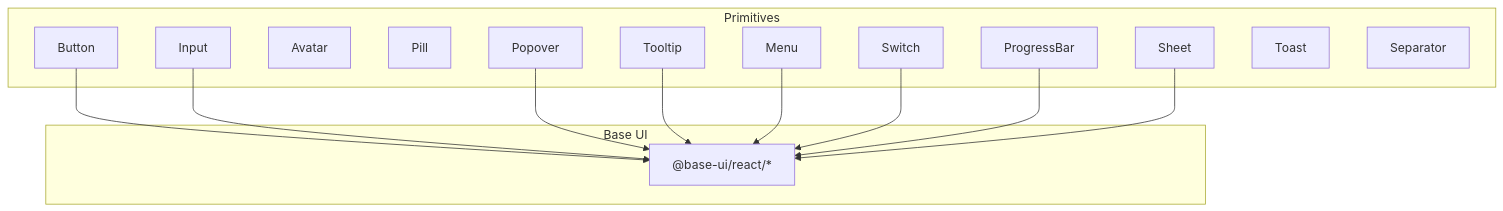
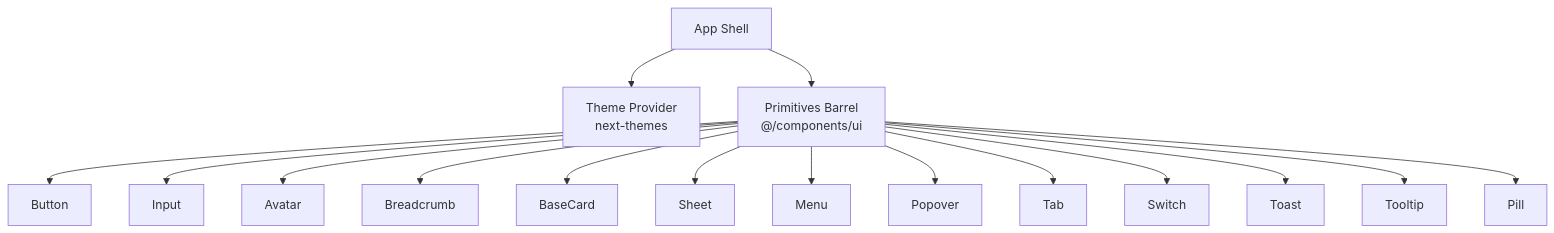
Before and after one commit to Meaetin/alibaba-hackathon: the first of 16 diagrams in .qoder/repowiki/en/content/Component Library/Primitive Components.md, drawn with Mermaid. The commit also changed other lines of this file and 241 other files, not shown here.

````diff
--- a/.qoder/repowiki/en/content/Component Library/Primitive Components.md
+++ b/.qoder/repowiki/en/content/Component Library/Primitive Components.md
@@ -45,28 +39,18 @@
 ```mermaid
 graph TB
-subgraph "Primitives"
-B["Button"]
-I["Input"]
-AV["Avatar"]
-P["Pill"]
-S["Sheet"]
-PO["Popover"]
-T["Tooltip"]
-M["Menu"]
-SW["Switch"]
-PB["ProgressBar"]
-TO["Toast"]
-SE["Separator"]
-end
-subgraph "Base UI"
-BU["@base-ui/react/*"]
-end
-B --> BU
-I --> BU
-PO --> BU
-T --> BU
-M --> BU
-SW --> BU
-PB --> BU
-S --> BU
+A["App Shell"] --> B["Theme Provider<br/>next-themes"]
+A --> C["Primitives Barrel<br/>@/components/ui"]
+C --> D["Button"]
+C --> E["Input"]
+C --> F["Avatar"]
+C --> G["Breadcrumb"]
+C --> H["BaseCard"]
+C --> I["Sheet"]
+C --> J["Menu"]
+C --> K["Popover"]
+C --> L["Tab"]
+C --> M["Switch"]
+C --> N["Toast"]
+C --> O["Tooltip"]
+C --> P["Pill"]
 ```
````
